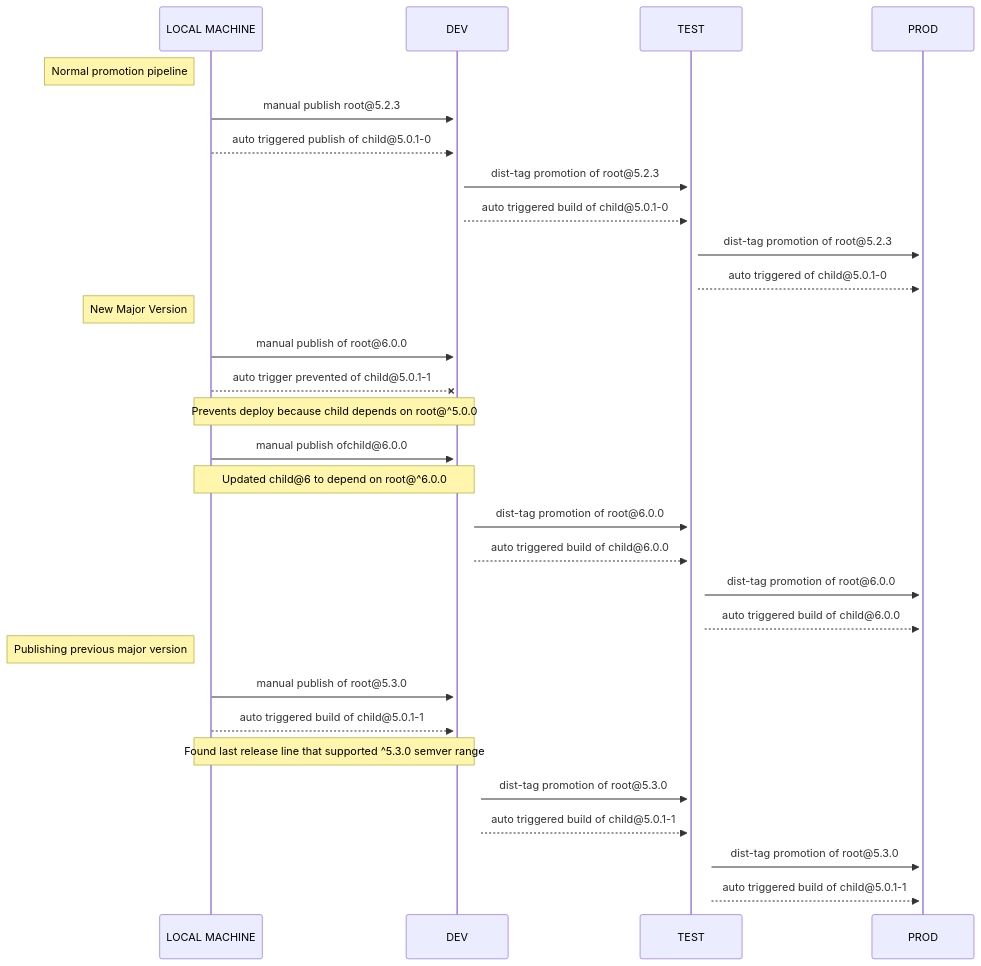
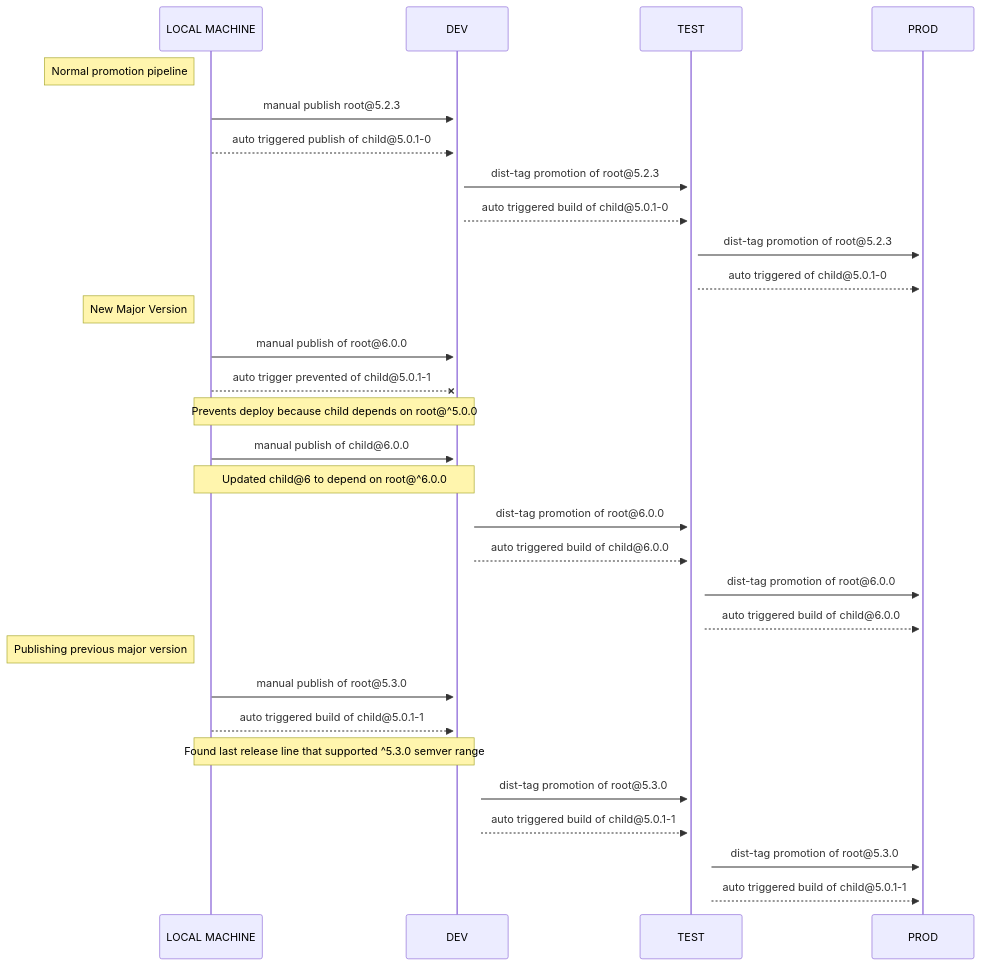
The diagram in diagram/code/build.mmd (godaddy/feedsme), drawn with Mermaid before and after one commit. The commit also changed 1 other file, not shown here.

```diff
--- a/diagram/code/build.mmd
+++ b/diagram/code/build.mmd
@@ -1,30 +1,30 @@
 sequenceDiagram
   participant LOCAL MACHINE
   participant DEV
   participant TEST
   participant PROD
   Note left of LOCAL MACHINE: Normal promotion pipeline
   LOCAL MACHINE->>+DEV: manual publish root@5.2.3
   LOCAL MACHINE-->>+DEV: auto triggered publish of child@5.0.1-0
   DEV->>+TEST: dist-tag promotion of root@5.2.3
   DEV-->>+TEST: auto triggered build of child@5.0.1-0
   TEST->>+PROD: dist-tag promotion of root@5.2.3
   TEST-->>+PROD: auto triggered of child@5.0.1-0
   Note left of LOCAL MACHINE: New Major Version
   LOCAL MACHINE->>+DEV: manual publish of root@6.0.0
   LOCAL MACHINE--X+DEV: auto trigger prevented of child@5.0.1-1
   Note over LOCAL MACHINE,DEV: Prevents deploy because child depends on root@^5.0.0
-  LOCAL MACHINE->>+DEV: manual publish ofchild@6.0.0
+  LOCAL MACHINE->>+DEV: manual publish of child@6.0.0
   Note over LOCAL MACHINE,DEV: Updated child@6 to depend on root@^6.0.0
   DEV->>+TEST: dist-tag promotion of root@6.0.0
   DEV-->>+TEST: auto triggered build of child@6.0.0
   TEST->>+PROD: dist-tag promotion of root@6.0.0
   TEST-->>+PROD: auto triggered build of child@6.0.0
   Note left of LOCAL MACHINE: Publishing previous major version
   LOCAL MACHINE->>+DEV: manual publish of root@5.3.0
   LOCAL MACHINE-->>+DEV: auto triggered build of child@5.0.1-1
   Note over LOCAL MACHINE,DEV: Found last release line that supported ^5.3.0 semver range
   DEV->>+TEST: dist-tag promotion of root@5.3.0
   DEV-->>+TEST: auto triggered build of child@5.0.1-1
   TEST->>+PROD: dist-tag promotion of root@5.3.0
   TEST-->>+PROD: auto triggered build of child@5.0.1-1
```
